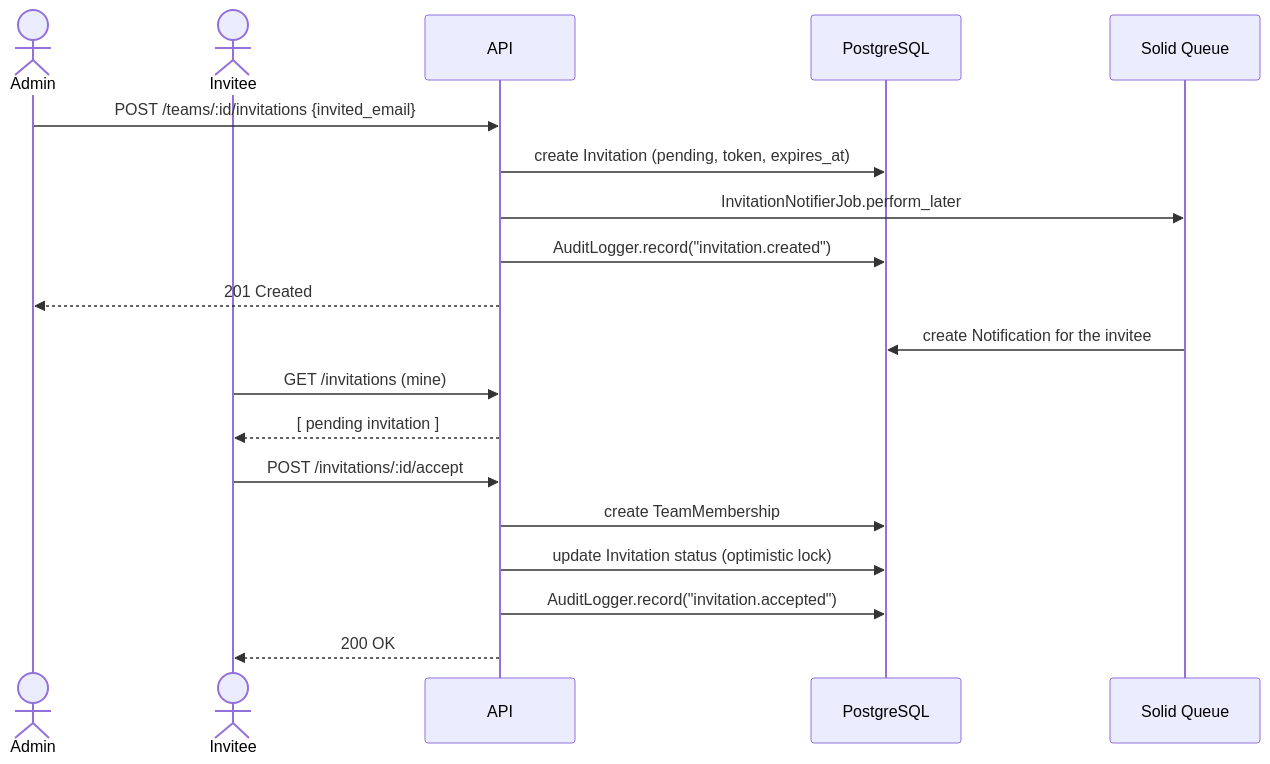
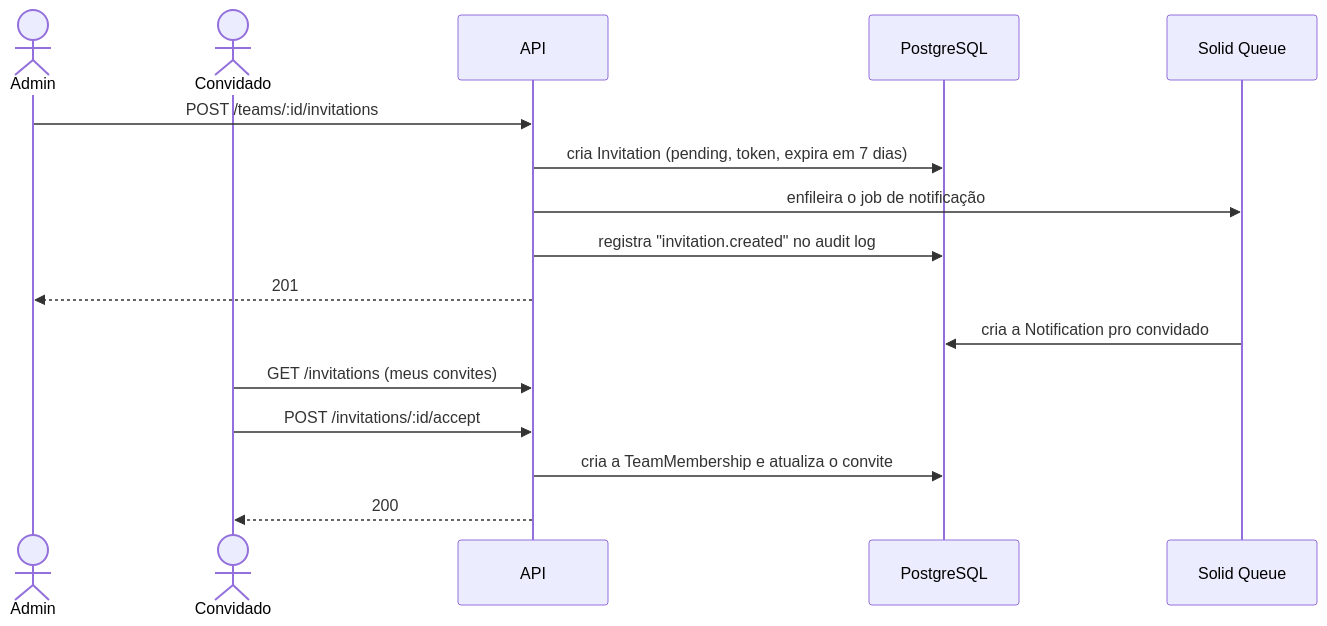
Before and after one commit to anamoraisdev/TeamFlow-API: the second of 2 diagrams in README.md, drawn with Mermaid. The commit also changed other lines of this file, not shown here.

````diff
--- a/README.md
+++ b/README.md
@@ -173,25 +81,21 @@
 ```mermaid
 sequenceDiagram
     actor Admin
-    actor Invitee
+    actor Convidado
     participant API
     participant DB as PostgreSQL
     participant Queue as Solid Queue
 
-    Admin->>API: POST /teams/:id/invitations {invited_email}
-    API->>DB: create Invitation (pending, token, expires_at)
-    API->>Queue: InvitationNotifierJob.perform_later
-    API->>DB: AuditLogger.record("invitation.created")
-    API-->>Admin: 201 Created
+    Admin->>API: POST /teams/:id/invitations
+    API->>DB: cria Invitation (pending, token, expira em 7 dias)
+    API->>Queue: enfileira o job de notificação
+    API->>DB: registra "invitation.created" no audit log
+    API-->>Admin: 201
 
-    Queue->>DB: create Notification for the invitee
+    Queue->>DB: cria a Notification pro convidado
 
-    Invitee->>API: GET /invitations (mine)
-    API-->>Invitee: [ pending invitation ]
-
-    Invitee->>API: POST /invitations/:id/accept
-    API->>DB: create TeamMembership
-    API->>DB: update Invitation status (optimistic lock)
-    API->>DB: AuditLogger.record("invitation.accepted")
-    API-->>Invitee: 200 OK
+    Convidado->>API: GET /invitations (meus convites)
+    Convidado->>API: POST /invitations/:id/accept
+    API->>DB: cria a TeamMembership e atualiza o convite
+    API-->>Convidado: 200
 ```
````
